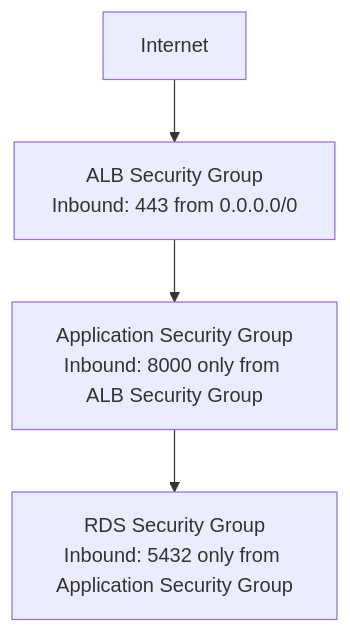
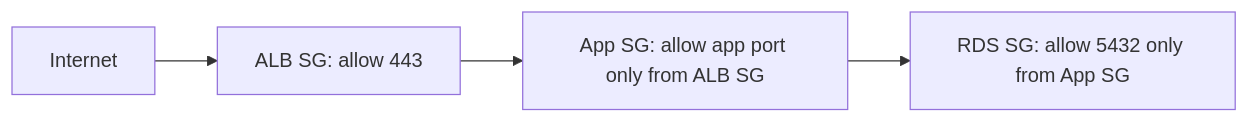
One commit to AvadhBhalodiya/Interview-Preparation changed the second of 9 diagrams in src/content/devops/aws-core-services.md. Above: the diagram before and after it, drawn with Mermaid. The commit also changed other lines of this file and 54 other files, not shown here.

````diff
--- a/src/content/devops/aws-core-services.md
+++ b/src/content/devops/aws-core-services.md
@@ -195,6 +131,6 @@
 ```mermaid
-flowchart TD
-    Internet[Internet] --> ALB["ALB Security Group<br/>Inbound: 443 from 0.0.0.0/0"]
-    ALB --> App["Application Security Group<br/>Inbound: 8000 only from ALB Security Group"]
-    App --> RDS["RDS Security Group<br/>Inbound: 5432 only from Application Security Group"]
+flowchart LR
+    Internet --> ALB[ALB SG: allow 443]
+    ALB --> App[App SG: allow app port only from ALB SG]
+    App --> DB[RDS SG: allow 5432 only from App SG]
 ```
````
